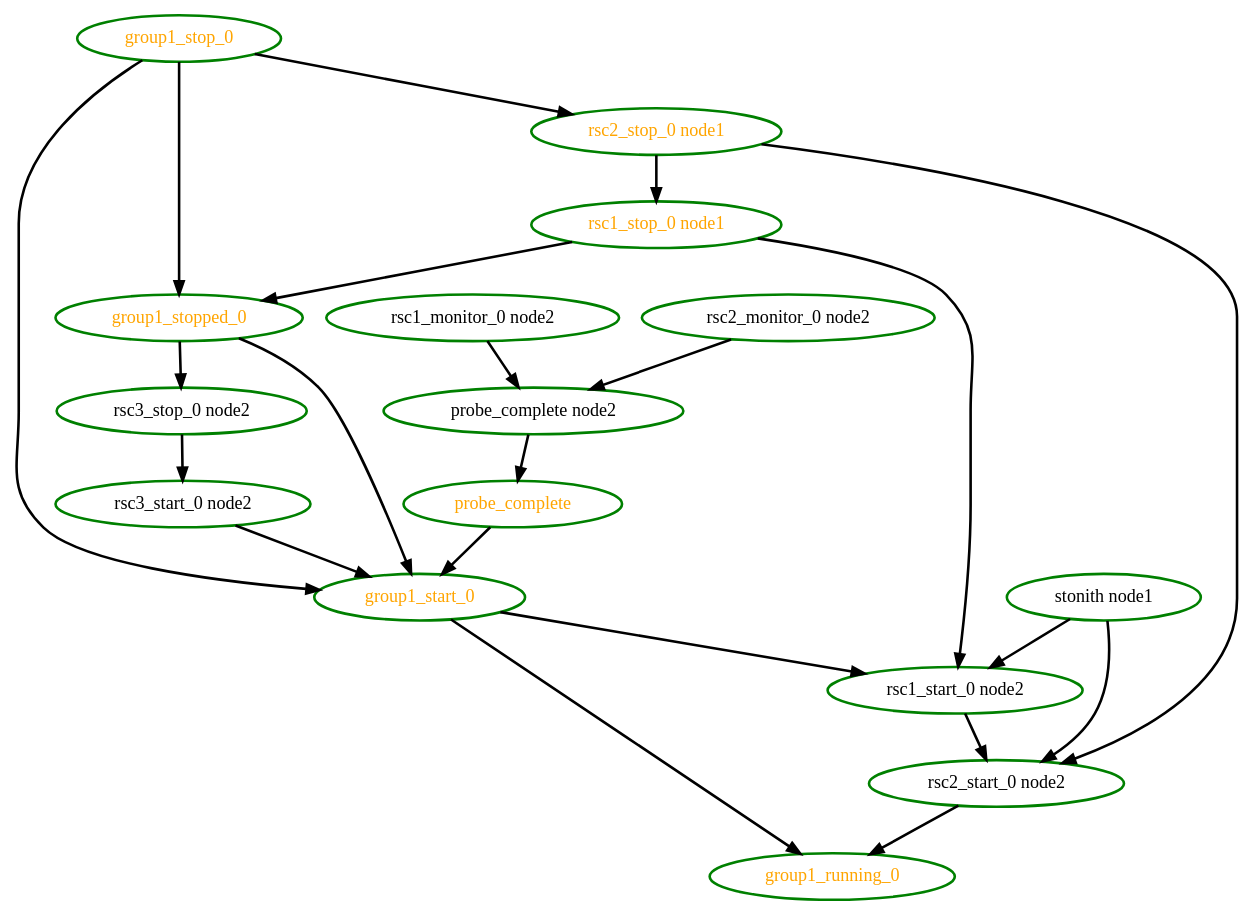
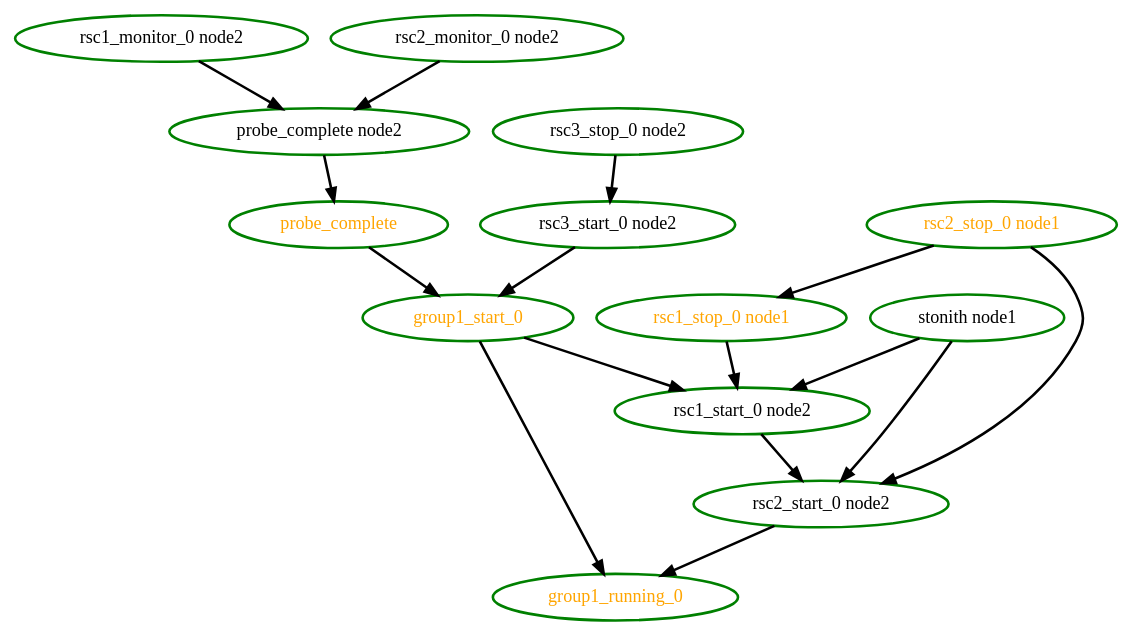
One commit to richiewen8/heartbeat changed the diagram in crm/pengine/testcases/rec-node-11.dot. Above: the diagram before and after it, drawn with Graphviz. The commit also changed 80 other files, not shown here.

```diff
--- a/crm/pengine/testcases/rec-node-11.dot
+++ b/crm/pengine/testcases/rec-node-11.dot
@@ -1,38 +1,30 @@
  digraph "g" {
 "group1_running_0" [ style=bold color="green" fontcolor="orange" ]
 "group1_start_0" -> "group1_running_0" [ style = bold]
 "group1_start_0" -> "rsc1_start_0 node2" [ style = bold]
 "group1_start_0" [ style=bold color="green" fontcolor="orange" ]
-"group1_stop_0" -> "group1_start_0" [ style = bold]
-"group1_stop_0" -> "group1_stopped_0" [ style = bold]
-"group1_stop_0" -> "rsc2_stop_0 node1" [ style = bold]
-"group1_stop_0" [ style=bold color="green" fontcolor="orange" ]
-"group1_stopped_0" -> "group1_start_0" [ style = bold]
-"group1_stopped_0" -> "rsc3_stop_0 node2" [ style = bold]
-"group1_stopped_0" [ style=bold color="green" fontcolor="orange" ]
 "probe_complete node2" -> "probe_complete" [ style = bold]
 "probe_complete node2" [ style=bold color="green" fontcolor="black" ]
 "probe_complete" -> "group1_start_0" [ style = bold]
 "probe_complete" [ style=bold color="green" fontcolor="orange" ]
 "rsc1_monitor_0 node2" -> "probe_complete node2" [ style = bold]
 "rsc1_monitor_0 node2" [ style=bold color="green" fontcolor="black" ]
 "rsc1_start_0 node2" -> "rsc2_start_0 node2" [ style = bold]
 "rsc1_start_0 node2" [ style=bold color="green" fontcolor="black" ]
-"rsc1_stop_0 node1" -> "group1_stopped_0" [ style = bold]
 "rsc1_stop_0 node1" -> "rsc1_start_0 node2" [ style = bold]
 "rsc1_stop_0 node1" [ style=bold color="green" fontcolor="orange" ]
 "rsc2_monitor_0 node2" -> "probe_complete node2" [ style = bold]
 "rsc2_monitor_0 node2" [ style=bold color="green" fontcolor="black" ]
 "rsc2_start_0 node2" -> "group1_running_0" [ style = bold]
 "rsc2_start_0 node2" [ style=bold color="green" fontcolor="black" ]
 "rsc2_stop_0 node1" -> "rsc1_stop_0 node1" [ style = bold]
 "rsc2_stop_0 node1" -> "rsc2_start_0 node2" [ style = bold]
 "rsc2_stop_0 node1" [ style=bold color="green" fontcolor="orange" ]
 "rsc3_start_0 node2" -> "group1_start_0" [ style = bold]
 "rsc3_start_0 node2" [ style=bold color="green" fontcolor="black" ]
 "rsc3_stop_0 node2" -> "rsc3_start_0 node2" [ style = bold]
 "rsc3_stop_0 node2" [ style=bold color="green" fontcolor="black" ]
 "stonith node1" -> "rsc1_start_0 node2" [ style = bold]
 "stonith node1" -> "rsc2_start_0 node2" [ style = bold]
 "stonith node1" [ style=bold color="green" fontcolor="black" ]
 }
```
